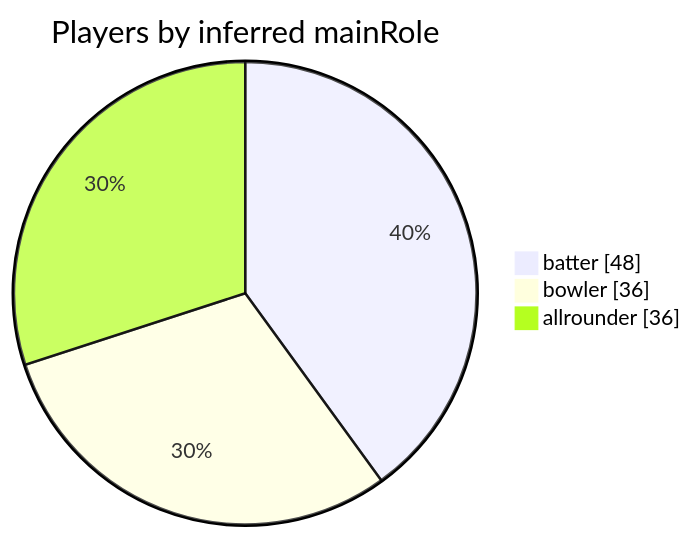
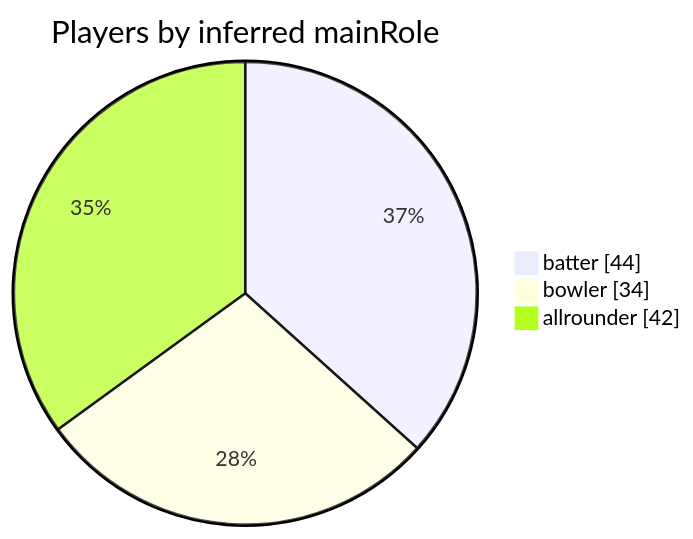
One commit to ayaan-rulhania/weighted-impact-metric-cricket changed the second of 5 diagrams in test.md. Above: the diagram before and after it, drawn with Mermaid. The commit also changed other lines of this file and 3 other files, not shown here.

````diff
--- a/test.md
+++ b/test.md
@@ -56,7 +56,7 @@
 ```mermaid
 pie showData
     title Players by inferred mainRole
-    "batter" : 48
-    "bowler" : 36
-    "allrounder" : 36
+    "batter" : 44
+    "bowler" : 34
+    "allrounder" : 42
 ```
````
